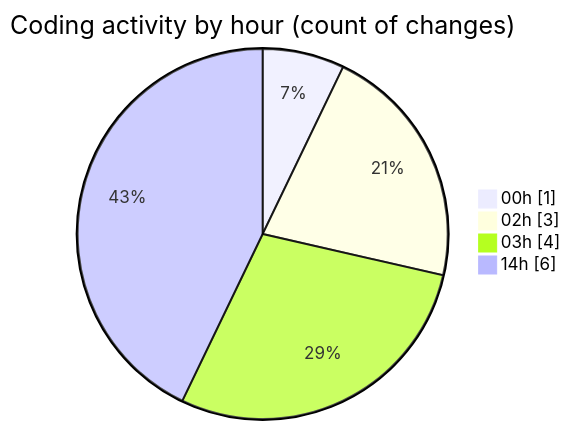
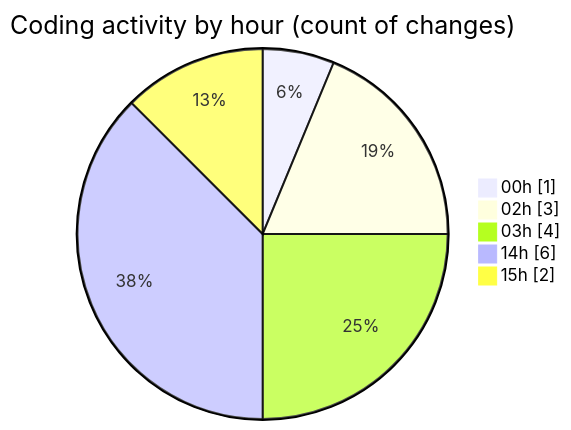
Before and after one commit to donsfak/code-tracking: the second of 2 diagrams in 2025-02-19/uber_clone/README.md, drawn with Mermaid. The commit also changed other lines of this file and 1 other file, not shown here.

````diff
--- a/2025-02-19/uber_clone/README.md
+++ b/2025-02-19/uber_clone/README.md
@@ -40,8 +41,9 @@
 ```mermaid
 pie showData
 title Coding activity by hour (count of changes)
 "00h" : 1
 "02h" : 3
 "03h" : 4
 "14h" : 6
+"15h" : 2
 ```
````
